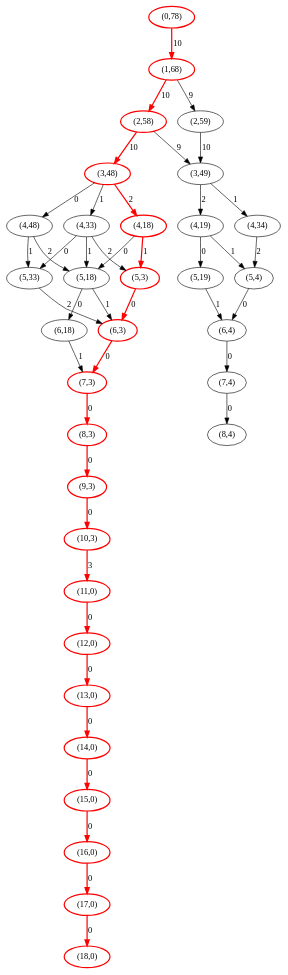
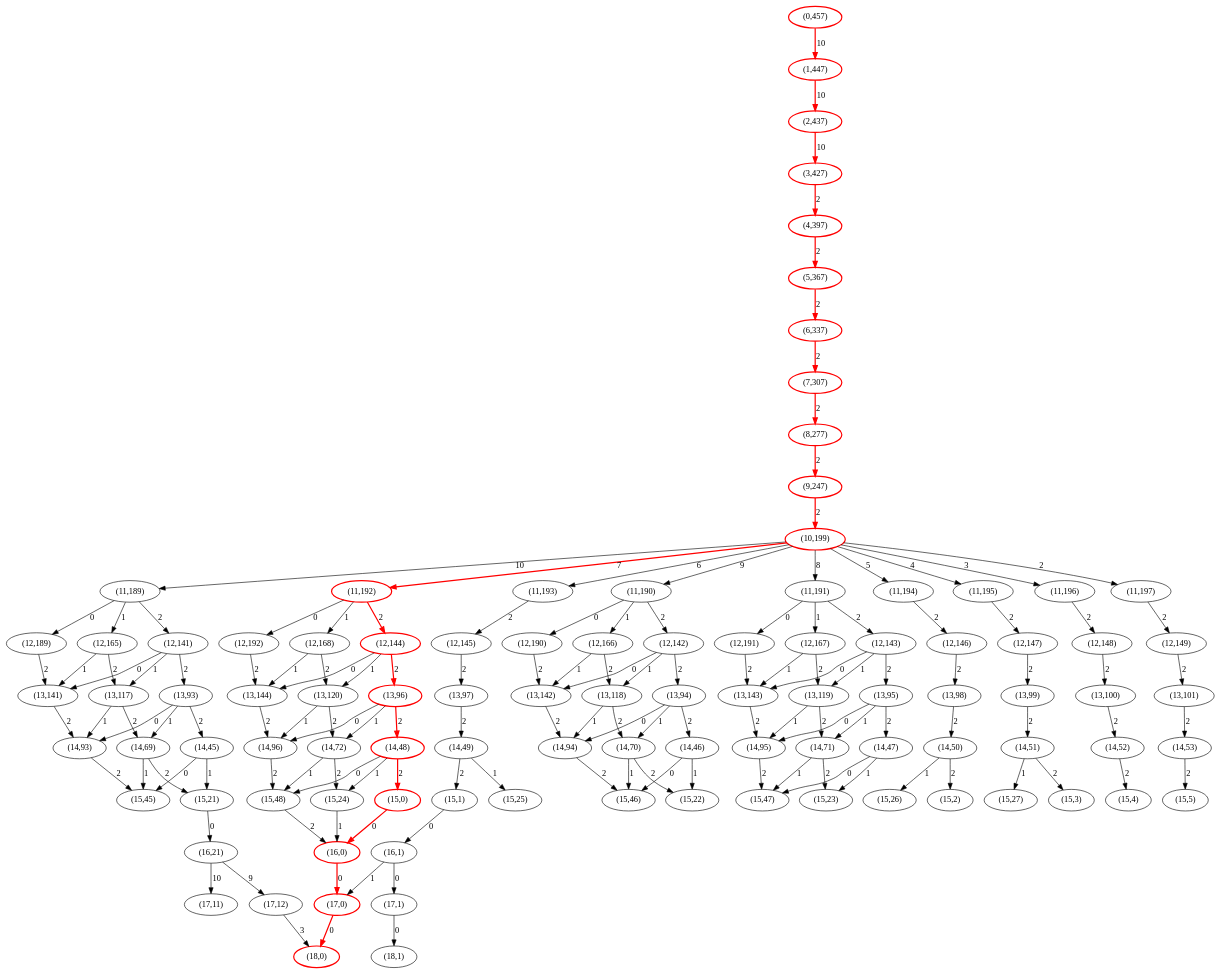
One commit to migueltoro/ada_v2_18 changed the diagram in java/EjemplosAlgoritmos/ficheros/MochilaPDRGraph.gv. Above: the diagram before and after it, drawn with Graphviz. The commit also changed 1 other file, not shown here.

```diff
--- a/java/EjemplosAlgoritmos/ficheros/MochilaPDRGraph.gv
+++ b/java/EjemplosAlgoritmos/ficheros/MochilaPDRGraph.gv
@@ -1,77 +1,235 @@
 strict digraph G {
-  1 [ color="red" style="bold" label="(17,0)" ];
-  2 [ color="red" style="bold" label="(18,0)" ];
-  3 [ color="red" style="bold" label="(16,0)" ];
-  4 [ color="red" style="bold" label="(15,0)" ];
-  5 [ color="red" style="bold" label="(14,0)" ];
-  6 [ color="red" style="bold" label="(13,0)" ];
-  7 [ color="red" style="bold" label="(12,0)" ];
-  8 [ color="red" style="bold" label="(11,0)" ];
-  9 [ color="red" style="bold" label="(10,3)" ];
-  10 [ color="red" style="bold" label="(9,3)" ];
-  11 [ color="red" style="bold" label="(8,3)" ];
-  12 [ color="red" style="bold" label="(7,3)" ];
-  13 [ color="red" style="bold" label="(6,3)" ];
-  14 [ color="red" style="bold" label="(5,3)" ];
-  15 [ color="red" style="bold" label="(4,18)" ];
-  16 [ style="solid" label="(5,18)" ];
-  17 [ style="solid" label="(6,18)" ];
-  18 [ color="red" style="bold" label="(3,48)" ];
-  19 [ style="solid" label="(4,33)" ];
-  20 [ style="solid" label="(5,33)" ];
-  21 [ style="solid" label="(4,48)" ];
-  22 [ color="red" style="bold" label="(2,58)" ];
-  23 [ style="solid" label="(7,4)" ];
-  24 [ style="solid" label="(8,4)" ];
-  25 [ style="solid" label="(6,4)" ];
-  26 [ style="solid" label="(5,4)" ];
-  27 [ style="solid" label="(4,19)" ];
-  28 [ style="solid" label="(5,19)" ];
-  29 [ style="solid" label="(3,49)" ];
-  30 [ style="solid" label="(4,34)" ];
-  31 [ color="red" style="bold" label="(1,68)" ];
-  32 [ style="solid" label="(2,59)" ];
-  33 [ color="red" style="bold" label="(0,78)" ];
-  1 -> 2 [ color="red" style="bold" label="0" ];
-  3 -> 1 [ color="red" style="bold" label="0" ];
-  4 -> 3 [ color="red" style="bold" label="0" ];
-  5 -> 4 [ color="red" style="bold" label="0" ];
-  6 -> 5 [ color="red" style="bold" label="0" ];
-  7 -> 6 [ color="red" style="bold" label="0" ];
-  8 -> 7 [ color="red" style="bold" label="0" ];
-  9 -> 8 [ color="red" style="bold" label="3" ];
-  10 -> 9 [ color="red" style="bold" label="0" ];
-  11 -> 10 [ color="red" style="bold" label="0" ];
-  12 -> 11 [ color="red" style="bold" label="0" ];
-  13 -> 12 [ color="red" style="bold" label="0" ];
-  14 -> 13 [ color="red" style="bold" label="0" ];
-  15 -> 14 [ color="red" style="bold" label="1" ];
-  16 -> 13 [ style="solid" label="1" ];
-  17 -> 12 [ style="solid" label="1" ];
-  16 -> 17 [ style="solid" label="0" ];
-  15 -> 16 [ style="solid" label="0" ];
-  18 -> 15 [ color="red" style="bold" label="2" ];
-  19 -> 14 [ style="solid" label="2" ];
-  19 -> 16 [ style="solid" label="1" ];
-  20 -> 13 [ style="solid" label="2" ];
-  19 -> 20 [ style="solid" label="0" ];
+  1 [ style="solid" label="(16,21)" ];
+  2 [ style="solid" label="(17,11)" ];
+  3 [ style="solid" label="(17,12)" ];
+  4 [ color="red" style="bold" label="(18,0)" ];
+  5 [ style="solid" label="(15,21)" ];
+  6 [ style="solid" label="(14,45)" ];
+  7 [ style="solid" label="(15,45)" ];
+  8 [ style="solid" label="(13,93)" ];
+  9 [ style="solid" label="(14,69)" ];
+  10 [ style="solid" label="(14,93)" ];
+  11 [ style="solid" label="(12,141)" ];
+  12 [ style="solid" label="(13,117)" ];
+  13 [ style="solid" label="(13,141)" ];
+  14 [ style="solid" label="(11,189)" ];
+  15 [ style="solid" label="(12,165)" ];
+  16 [ style="solid" label="(12,189)" ];
+  17 [ color="red" style="bold" label="(10,199)" ];
+  18 [ style="solid" label="(14,46)" ];
+  19 [ style="solid" label="(15,22)" ];
+  20 [ style="solid" label="(15,46)" ];
+  21 [ style="solid" label="(13,94)" ];
+  22 [ style="solid" label="(14,70)" ];
+  23 [ style="solid" label="(14,94)" ];
+  24 [ style="solid" label="(12,142)" ];
+  25 [ style="solid" label="(13,118)" ];
+  26 [ style="solid" label="(13,142)" ];
+  27 [ style="solid" label="(11,190)" ];
+  28 [ style="solid" label="(12,166)" ];
+  29 [ style="solid" label="(12,190)" ];
+  30 [ style="solid" label="(14,47)" ];
+  31 [ style="solid" label="(15,23)" ];
+  32 [ style="solid" label="(15,47)" ];
+  33 [ style="solid" label="(13,95)" ];
+  34 [ style="solid" label="(14,71)" ];
+  35 [ style="solid" label="(14,95)" ];
+  36 [ style="solid" label="(12,143)" ];
+  37 [ style="solid" label="(13,119)" ];
+  38 [ style="solid" label="(13,143)" ];
+  39 [ style="solid" label="(11,191)" ];
+  40 [ style="solid" label="(12,167)" ];
+  41 [ style="solid" label="(12,191)" ];
+  42 [ color="red" style="bold" label="(17,0)" ];
+  43 [ color="red" style="bold" label="(16,0)" ];
+  44 [ color="red" style="bold" label="(15,0)" ];
+  45 [ color="red" style="bold" label="(14,48)" ];
+  46 [ style="solid" label="(15,24)" ];
+  47 [ style="solid" label="(15,48)" ];
+  48 [ color="red" style="bold" label="(13,96)" ];
+  49 [ style="solid" label="(14,72)" ];
+  50 [ style="solid" label="(14,96)" ];
+  51 [ color="red" style="bold" label="(12,144)" ];
+  52 [ style="solid" label="(13,120)" ];
+  53 [ style="solid" label="(13,144)" ];
+  54 [ color="red" style="bold" label="(11,192)" ];
+  55 [ style="solid" label="(12,168)" ];
+  56 [ style="solid" label="(12,192)" ];
+  57 [ style="solid" label="(16,1)" ];
+  58 [ style="solid" label="(17,1)" ];
+  59 [ style="solid" label="(18,1)" ];
+  60 [ style="solid" label="(15,1)" ];
+  61 [ style="solid" label="(14,49)" ];
+  62 [ style="solid" label="(15,25)" ];
+  63 [ style="solid" label="(13,97)" ];
+  64 [ style="solid" label="(12,145)" ];
+  65 [ style="solid" label="(11,193)" ];
+  66 [ style="solid" label="(14,50)" ];
+  67 [ style="solid" label="(15,2)" ];
+  68 [ style="solid" label="(15,26)" ];
+  69 [ style="solid" label="(13,98)" ];
+  70 [ style="solid" label="(12,146)" ];
+  71 [ style="solid" label="(11,194)" ];
+  72 [ style="solid" label="(14,51)" ];
+  73 [ style="solid" label="(15,3)" ];
+  74 [ style="solid" label="(15,27)" ];
+  75 [ style="solid" label="(13,99)" ];
+  76 [ style="solid" label="(12,147)" ];
+  77 [ style="solid" label="(11,195)" ];
+  78 [ style="solid" label="(14,52)" ];
+  79 [ style="solid" label="(15,4)" ];
+  80 [ style="solid" label="(13,100)" ];
+  81 [ style="solid" label="(12,148)" ];
+  82 [ style="solid" label="(11,196)" ];
+  83 [ style="solid" label="(14,53)" ];
+  84 [ style="solid" label="(15,5)" ];
+  85 [ style="solid" label="(13,101)" ];
+  86 [ style="solid" label="(12,149)" ];
+  87 [ style="solid" label="(11,197)" ];
+  88 [ color="red" style="bold" label="(9,247)" ];
+  89 [ color="red" style="bold" label="(8,277)" ];
+  90 [ color="red" style="bold" label="(7,307)" ];
+  91 [ color="red" style="bold" label="(6,337)" ];
+  92 [ color="red" style="bold" label="(5,367)" ];
+  93 [ color="red" style="bold" label="(4,397)" ];
+  94 [ color="red" style="bold" label="(3,427)" ];
+  95 [ color="red" style="bold" label="(2,437)" ];
+  96 [ color="red" style="bold" label="(1,447)" ];
+  97 [ color="red" style="bold" label="(0,457)" ];
+  1 -> 2 [ style="solid" label="10" ];
+  3 -> 4 [ style="solid" label="3" ];
+  1 -> 3 [ style="solid" label="9" ];
+  5 -> 1 [ style="solid" label="0" ];
+  6 -> 5 [ style="solid" label="1" ];
+  6 -> 7 [ style="solid" label="0" ];
+  8 -> 6 [ style="solid" label="2" ];
+  9 -> 5 [ style="solid" label="2" ];
+  9 -> 7 [ style="solid" label="1" ];
+  8 -> 9 [ style="solid" label="1" ];
+  10 -> 7 [ style="solid" label="2" ];
+  8 -> 10 [ style="solid" label="0" ];
+  11 -> 8 [ style="solid" label="2" ];
+  12 -> 9 [ style="solid" label="2" ];
+  12 -> 10 [ style="solid" label="1" ];
+  11 -> 12 [ style="solid" label="1" ];
+  13 -> 10 [ style="solid" label="2" ];
+  11 -> 13 [ style="solid" label="0" ];
+  14 -> 11 [ style="solid" label="2" ];
+  15 -> 12 [ style="solid" label="2" ];
+  15 -> 13 [ style="solid" label="1" ];
+  14 -> 15 [ style="solid" label="1" ];
+  16 -> 13 [ style="solid" label="2" ];
+  14 -> 16 [ style="solid" label="0" ];
+  17 -> 14 [ style="solid" label="10" ];
   18 -> 19 [ style="solid" label="1" ];
-  21 -> 16 [ style="solid" label="2" ];
-  21 -> 20 [ style="solid" label="1" ];
-  18 -> 21 [ style="solid" label="0" ];
-  22 -> 18 [ color="red" style="bold" label="10" ];
-  23 -> 24 [ style="solid" label="0" ];
-  25 -> 23 [ style="solid" label="0" ];
-  26 -> 25 [ style="solid" label="0" ];
-  27 -> 26 [ style="solid" label="1" ];
-  28 -> 25 [ style="solid" label="1" ];
-  27 -> 28 [ style="solid" label="0" ];
-  29 -> 27 [ style="solid" label="2" ];
-  30 -> 26 [ style="solid" label="2" ];
-  29 -> 30 [ style="solid" label="1" ];
-  22 -> 29 [ style="solid" label="9" ];
-  31 -> 22 [ color="red" style="bold" label="10" ];
-  32 -> 29 [ style="solid" label="10" ];
-  31 -> 32 [ style="solid" label="9" ];
-  33 -> 31 [ color="red" style="bold" label="10" ];
+  18 -> 20 [ style="solid" label="0" ];
+  21 -> 18 [ style="solid" label="2" ];
+  22 -> 19 [ style="solid" label="2" ];
+  22 -> 20 [ style="solid" label="1" ];
+  21 -> 22 [ style="solid" label="1" ];
+  23 -> 20 [ style="solid" label="2" ];
+  21 -> 23 [ style="solid" label="0" ];
+  24 -> 21 [ style="solid" label="2" ];
+  25 -> 22 [ style="solid" label="2" ];
+  25 -> 23 [ style="solid" label="1" ];
+  24 -> 25 [ style="solid" label="1" ];
+  26 -> 23 [ style="solid" label="2" ];
+  24 -> 26 [ style="solid" label="0" ];
+  27 -> 24 [ style="solid" label="2" ];
+  28 -> 25 [ style="solid" label="2" ];
+  28 -> 26 [ style="solid" label="1" ];
+  27 -> 28 [ style="solid" label="1" ];
+  29 -> 26 [ style="solid" label="2" ];
+  27 -> 29 [ style="solid" label="0" ];
+  17 -> 27 [ style="solid" label="9" ];
+  30 -> 31 [ style="solid" label="1" ];
+  30 -> 32 [ style="solid" label="0" ];
+  33 -> 30 [ style="solid" label="2" ];
+  34 -> 31 [ style="solid" label="2" ];
+  34 -> 32 [ style="solid" label="1" ];
+  33 -> 34 [ style="solid" label="1" ];
+  35 -> 32 [ style="solid" label="2" ];
+  33 -> 35 [ style="solid" label="0" ];
+  36 -> 33 [ style="solid" label="2" ];
+  37 -> 34 [ style="solid" label="2" ];
+  37 -> 35 [ style="solid" label="1" ];
+  36 -> 37 [ style="solid" label="1" ];
+  38 -> 35 [ style="solid" label="2" ];
+  36 -> 38 [ style="solid" label="0" ];
+  39 -> 36 [ style="solid" label="2" ];
+  40 -> 37 [ style="solid" label="2" ];
+  40 -> 38 [ style="solid" label="1" ];
+  39 -> 40 [ style="solid" label="1" ];
+  41 -> 38 [ style="solid" label="2" ];
+  39 -> 41 [ style="solid" label="0" ];
+  17 -> 39 [ style="solid" label="8" ];
+  42 -> 4 [ color="red" style="bold" label="0" ];
+  43 -> 42 [ color="red" style="bold" label="0" ];
+  44 -> 43 [ color="red" style="bold" label="0" ];
+  45 -> 44 [ color="red" style="bold" label="2" ];
+  46 -> 43 [ style="solid" label="1" ];
+  45 -> 46 [ style="solid" label="1" ];
+  47 -> 43 [ style="solid" label="2" ];
+  45 -> 47 [ style="solid" label="0" ];
+  48 -> 45 [ color="red" style="bold" label="2" ];
+  49 -> 46 [ style="solid" label="2" ];
+  49 -> 47 [ style="solid" label="1" ];
+  48 -> 49 [ style="solid" label="1" ];
+  50 -> 47 [ style="solid" label="2" ];
+  48 -> 50 [ style="solid" label="0" ];
+  51 -> 48 [ color="red" style="bold" label="2" ];
+  52 -> 49 [ style="solid" label="2" ];
+  52 -> 50 [ style="solid" label="1" ];
+  51 -> 52 [ style="solid" label="1" ];
+  53 -> 50 [ style="solid" label="2" ];
+  51 -> 53 [ style="solid" label="0" ];
+  54 -> 51 [ color="red" style="bold" label="2" ];
+  55 -> 52 [ style="solid" label="2" ];
+  55 -> 53 [ style="solid" label="1" ];
+  54 -> 55 [ style="solid" label="1" ];
+  56 -> 53 [ style="solid" label="2" ];
+  54 -> 56 [ style="solid" label="0" ];
+  17 -> 54 [ color="red" style="bold" label="7" ];
+  57 -> 42 [ style="solid" label="1" ];
+  58 -> 59 [ style="solid" label="0" ];
+  57 -> 58 [ style="solid" label="0" ];
+  60 -> 57 [ style="solid" label="0" ];
+  61 -> 60 [ style="solid" label="2" ];
+  61 -> 62 [ style="solid" label="1" ];
+  63 -> 61 [ style="solid" label="2" ];
+  64 -> 63 [ style="solid" label="2" ];
+  65 -> 64 [ style="solid" label="2" ];
+  17 -> 65 [ style="solid" label="6" ];
+  66 -> 67 [ style="solid" label="2" ];
+  66 -> 68 [ style="solid" label="1" ];
+  69 -> 66 [ style="solid" label="2" ];
+  70 -> 69 [ style="solid" label="2" ];
+  71 -> 70 [ style="solid" label="2" ];
+  17 -> 71 [ style="solid" label="5" ];
+  72 -> 73 [ style="solid" label="2" ];
+  72 -> 74 [ style="solid" label="1" ];
+  75 -> 72 [ style="solid" label="2" ];
+  76 -> 75 [ style="solid" label="2" ];
+  77 -> 76 [ style="solid" label="2" ];
+  17 -> 77 [ style="solid" label="4" ];
+  78 -> 79 [ style="solid" label="2" ];
+  80 -> 78 [ style="solid" label="2" ];
+  81 -> 80 [ style="solid" label="2" ];
+  82 -> 81 [ style="solid" label="2" ];
+  17 -> 82 [ style="solid" label="3" ];
+  83 -> 84 [ style="solid" label="2" ];
+  85 -> 83 [ style="solid" label="2" ];
+  86 -> 85 [ style="solid" label="2" ];
+  87 -> 86 [ style="solid" label="2" ];
+  17 -> 87 [ style="solid" label="2" ];
+  88 -> 17 [ color="red" style="bold" label="2" ];
+  89 -> 88 [ color="red" style="bold" label="2" ];
+  90 -> 89 [ color="red" style="bold" label="2" ];
+  91 -> 90 [ color="red" style="bold" label="2" ];
+  92 -> 91 [ color="red" style="bold" label="2" ];
+  93 -> 92 [ color="red" style="bold" label="2" ];
+  94 -> 93 [ color="red" style="bold" label="2" ];
+  95 -> 94 [ color="red" style="bold" label="10" ];
+  96 -> 95 [ color="red" style="bold" label="10" ];
+  97 -> 96 [ color="red" style="bold" label="10" ];
 }
```
